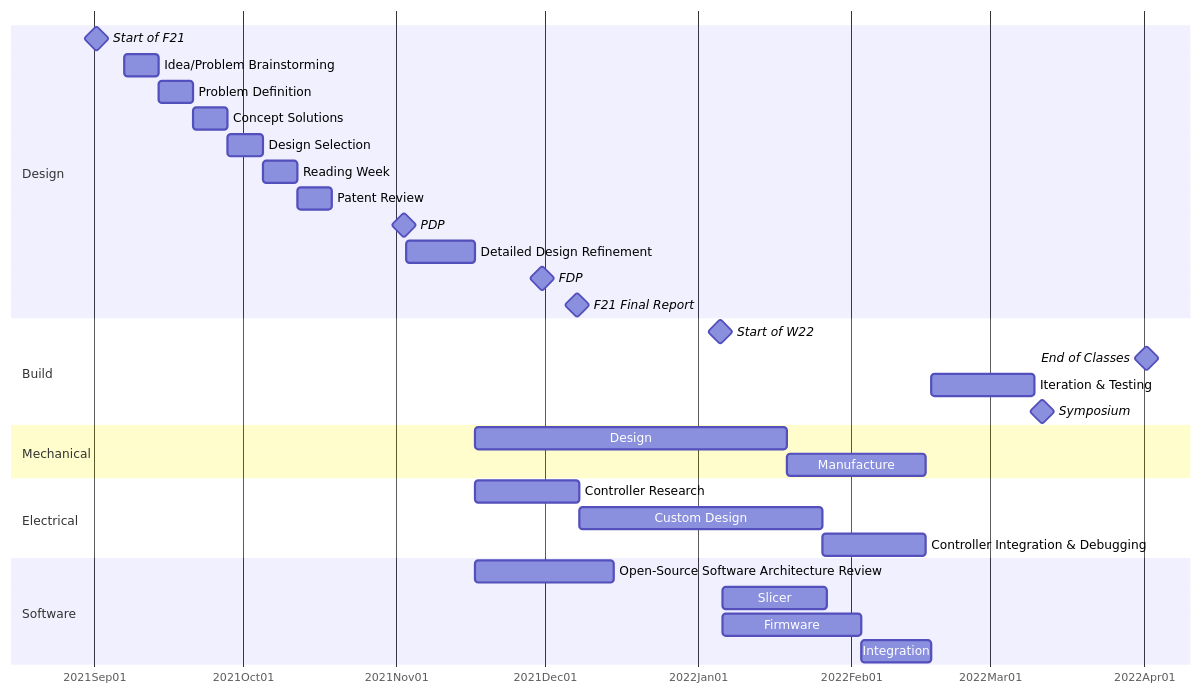
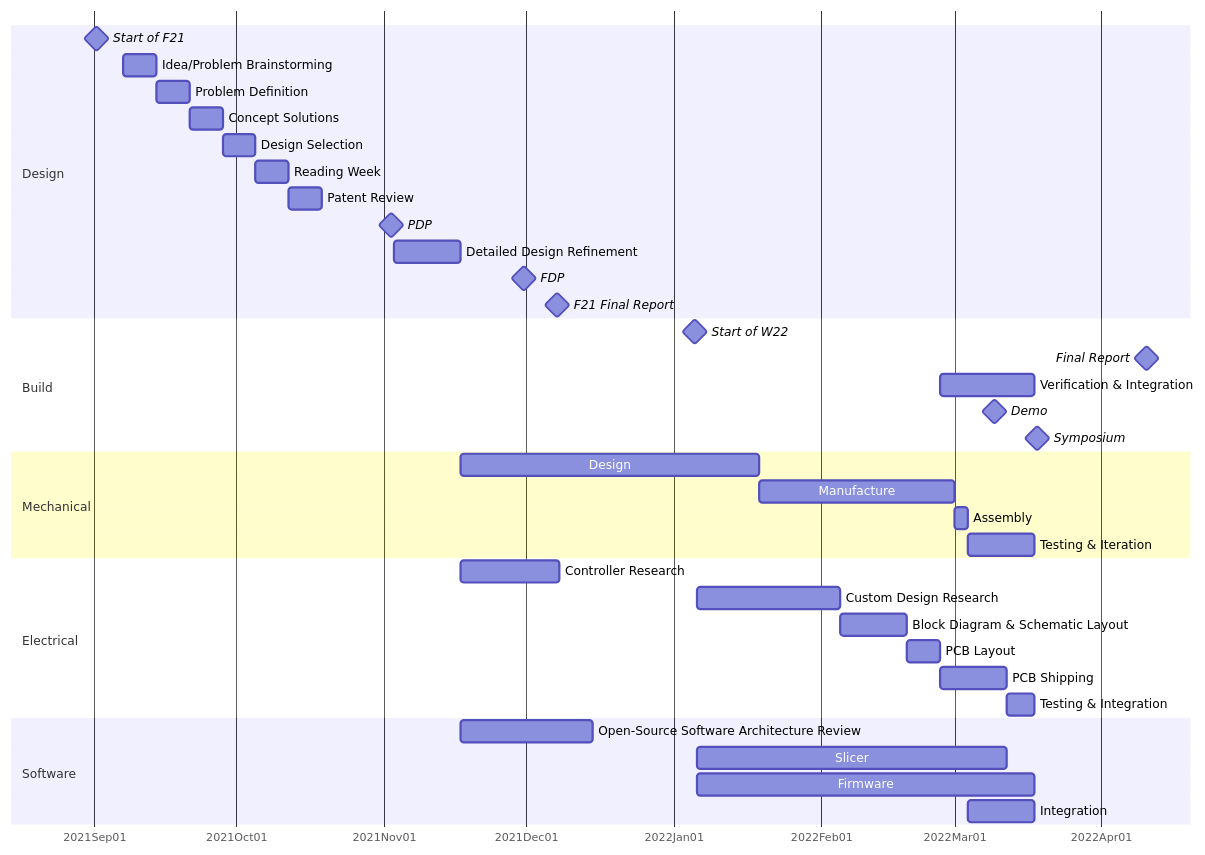
Before and after one commit to l398chen/multiplanar3dprinter.github.io: the diagram in static/gantt.mmd, drawn with Mermaid. The commit also changed 1 other file, not shown here.

Commit message:
update gantt

```diff
--- a/static/gantt.mmd
+++ b/static/gantt.mmd
@@ -1,36 +1,42 @@
 gantt
     dateFormat YYYY-MM-DD
     axisFormat %Y%b%d
     section Design
     Start of F21 :milestone, F21, 2021-09-01, 1d
     Idea/Problem Brainstorming :a1, 2021-09-07, 1w
     Problem Definition  :a2, after a1, 1w
     Concept Solutions  :a3, after a2, 1w
     Design Selection  :a4, after a3, 1w
     Reading Week  :rw, after a4, 1w
     Patent Review  :a5, after rw, 1w
     PDP :milestone, PDP, 2021-11-02, 1d
     Detailed Design Refinement  :a8, after PDP, 2w
     FDP :milestone, FDP, 2021-11-30, 1d
     F21 Final Report :milestone, f21fr, 2021-12-07, 1d
 
     section Build
     Start of W22  :milestone, W22, 2022-01-05, 1d
-    End of Classes :milestone, 2022-04-01, 1d
-    Iteration & Testing :it, after sw elec mech, 3w
-    Symposium :milestone, 2022-03-11, 1d
+    Final Report :milestone, 2022-04-10, 1d
+    Verification & Integration:it, 2022-02-26, 2022-03-18
+    Demo :milestone, 2022-03-09, 1d
+    Symposium :milestone, symposium, 2022-03-18, 1d
 
     section Mechanical
     Design :mechdesign, after a8, 9w
-    Manufacture :mech, after mechdesign, 4w
+    Manufacture :mech, after mechdesign, 2022-03-01
+    Assembly :mechassm, 2022-03-01, 3d
+    Testing & Iteration :after mechassm, 2022-03-18
 
     section Electrical
     Controller Research :elecselec, after a8, 3w
-    Custom Design :elecdesign, after elecselec, 7w
-    Controller Integration & Debugging :elec, after elecdesign, 3w
+    Custom Design Research:elecdesign, after W22, 2022-02-05
+    Block Diagram & Schematic Layout :elecdiag, after elecdesign, 2022-02-19
+    PCB Layout :elecpcb, after elecdiag, 2022-02-26
+    PCB Shipping :elecship, after elecpcb, 2022-03-12
+    Testing & Integration :elec, after elecship, 2022-03-18
 
     section Software
     Open-Source Software Architecture Review :softreview, after a8, 4w
-    Slicer :slicer, after W22, 3w
-    Firmware :fw, after W22, 4w
-    Integration :sw, after slicer fw, 2w
+    Slicer :slicer, after W22, 2022-03-12
+    Firmware :fw, after W22, 2022-03-18
+    Integration :sw, 2022-03-04, 2022-03-18
```
